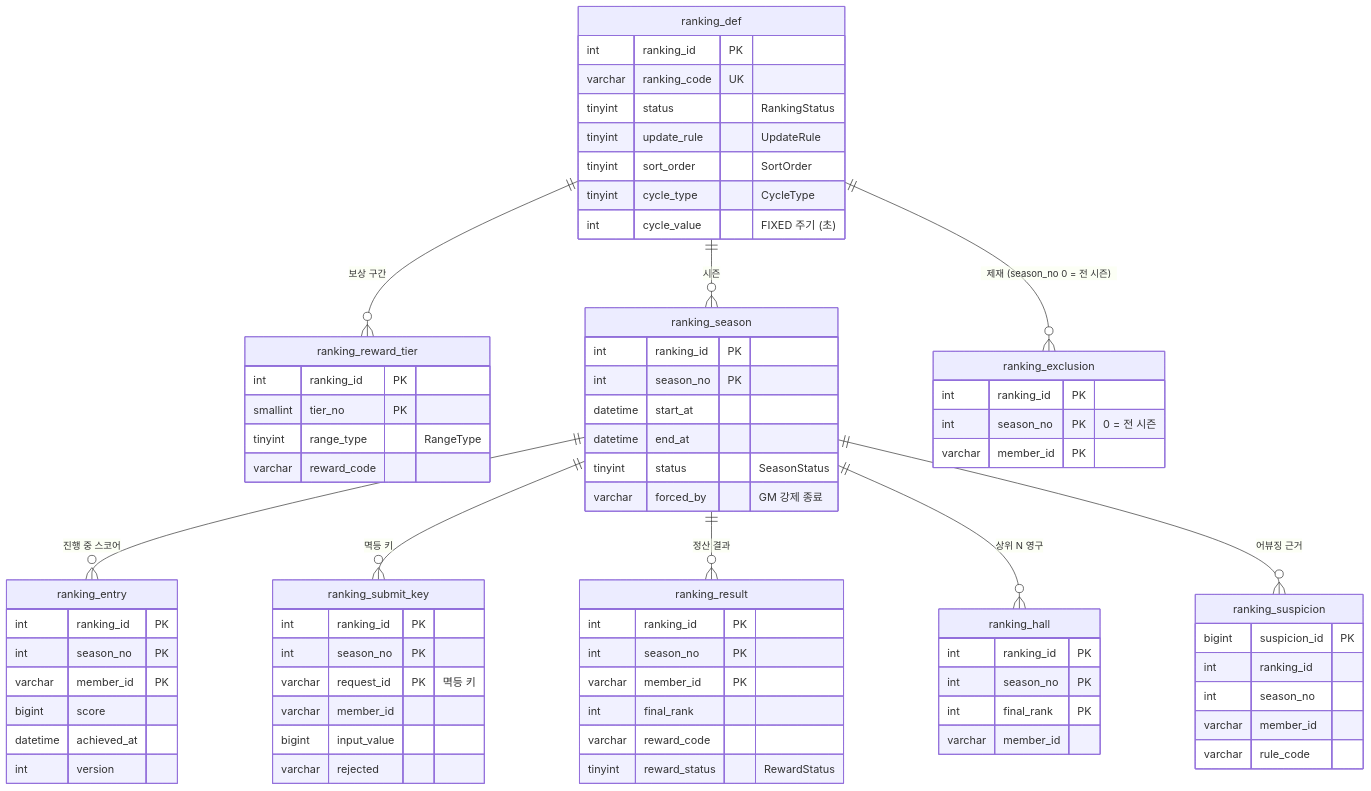
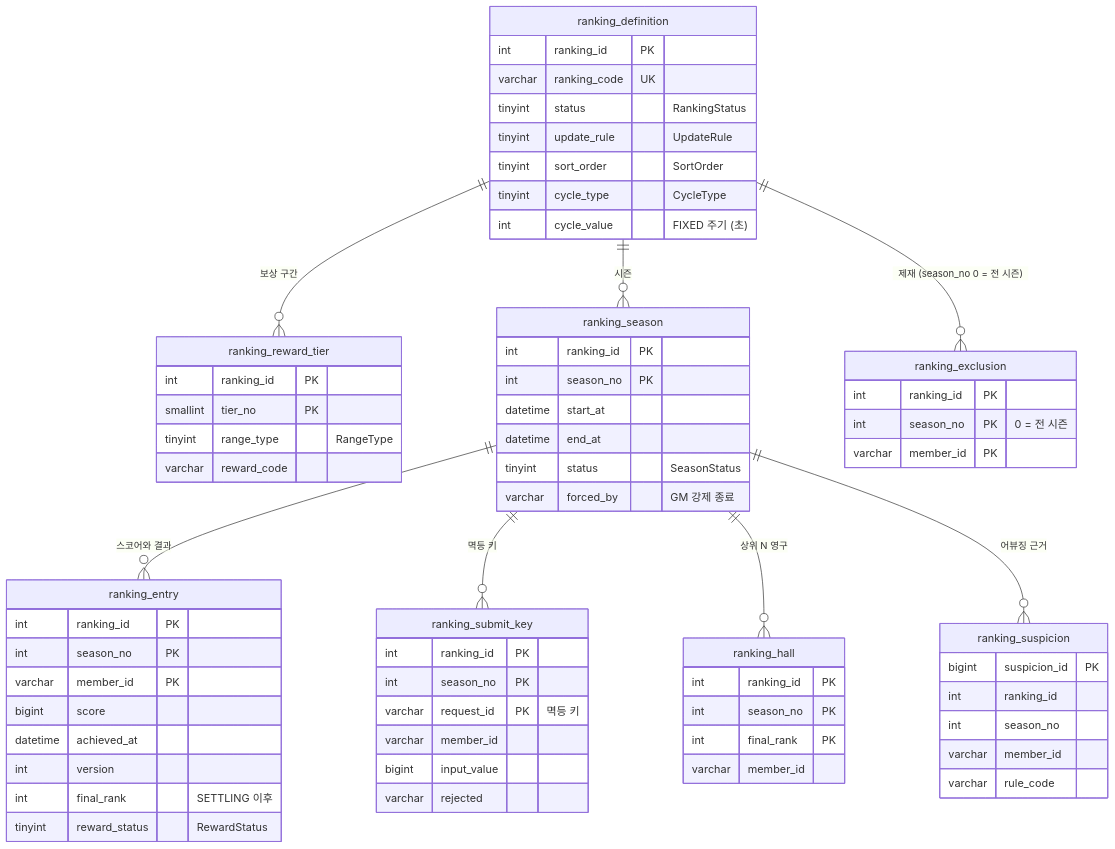
The first of 6 diagrams in docs/04_SCHEMA.md (trisakion0500/podium-de), drawn with Mermaid before and after one commit. The commit also changed other lines of this file and 18 other files, not shown here.

````diff
--- a/docs/04_SCHEMA.md
+++ b/docs/04_SCHEMA.md
@@ -55,77 +54,70 @@
 ```mermaid
 erDiagram
-    ranking_def ||--o{ ranking_reward_tier : "보상 구간"
-    ranking_def ||--o{ ranking_season : "시즌"
-    ranking_def ||--o{ ranking_exclusion : "제재 (season_no 0 = 전 시즌)"
-    ranking_season ||--o{ ranking_entry : "진행 중 스코어"
+    ranking_definition ||--o{ ranking_reward_tier : "보상 구간"
+    ranking_definition ||--o{ ranking_season : "시즌"
+    ranking_definition ||--o{ ranking_exclusion : "제재 (season_no 0 = 전 시즌)"
+    ranking_season ||--o{ ranking_entry : "스코어와 결과"
     ranking_season ||--o{ ranking_submit_key : "멱등 키"
-    ranking_season ||--o{ ranking_result : "정산 결과"
     ranking_season ||--o{ ranking_hall : "상위 N 영구"
     ranking_season ||--o{ ranking_suspicion : "어뷰징 근거"
 
-    ranking_def {
+    ranking_definition {
         int ranking_id PK
         varchar ranking_code UK
         tinyint status "RankingStatus"
         tinyint update_rule "UpdateRule"
         tinyint sort_order "SortOrder"
         tinyint cycle_type "CycleType"
         int cycle_value "FIXED 주기 (초)"
     }
     ranking_reward_tier {
         int ranking_id PK
         smallint tier_no PK
         tinyint range_type "RangeType"
         varchar reward_code
     }
     ranking_season {
         int ranking_id PK
         int season_no PK
         datetime start_at
         datetime end_at
         tinyint status "SeasonStatus"
         varchar forced_by "GM 강제 종료"
     }
     ranking_entry {
         int ranking_id PK
         int season_no PK
         varchar member_id PK
         bigint score
         datetime achieved_at
         int version
+        int final_rank "SETTLING 이후"
+        tinyint reward_status "RewardStatus"
     }
     ranking_submit_key {
         int ranking_id PK
         int season_no PK
         varchar request_id PK "멱등 키"
         varchar member_id
         bigint input_value
         varchar rejected
-    }
-    ranking_result {
-        int ranking_id PK
-        int season_no PK
-        varchar member_id PK
-        int final_rank
-        varchar reward_code
-        tinyint reward_status "RewardStatus"
     }
     ranking_hall {
         int ranking_id PK
         int season_no PK
         int final_rank PK
         varchar member_id
     }
     ranking_exclusion {
         int ranking_id PK
         int season_no PK "0 = 전 시즌"
         varchar member_id PK
     }
     ranking_suspicion {
         bigint suspicion_id PK
         int ranking_id
         int season_no
         varchar member_id
         varchar rule_code
     }
 ```
````
